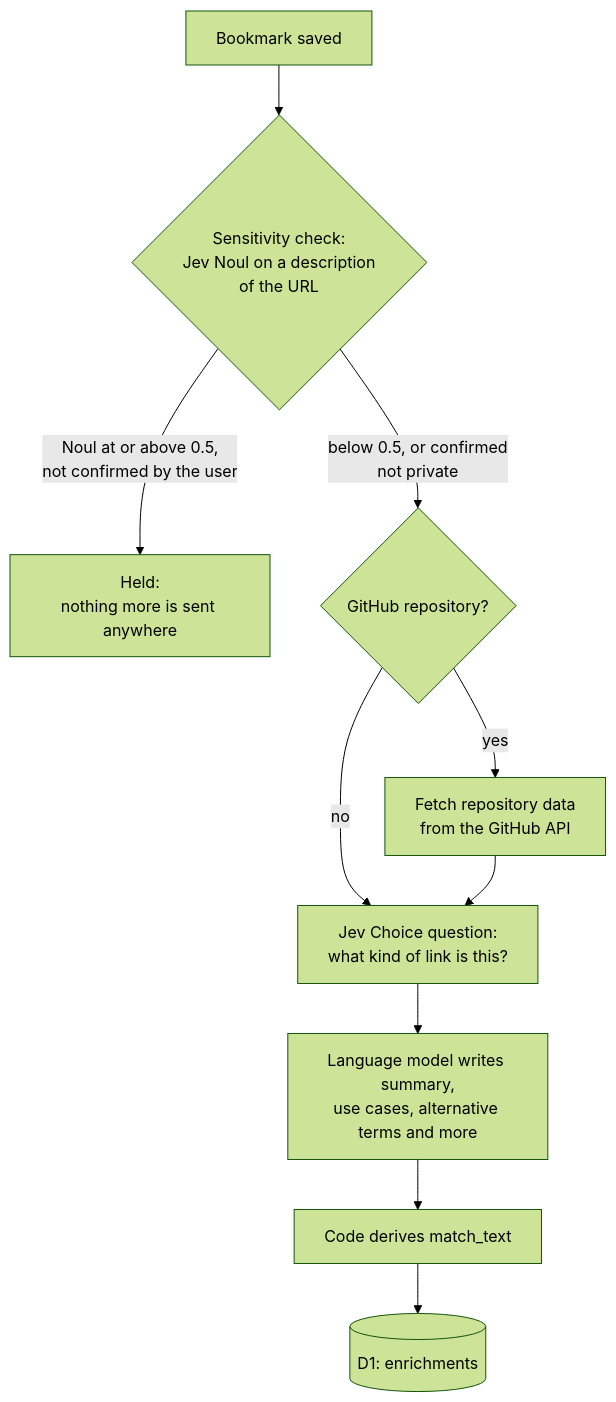
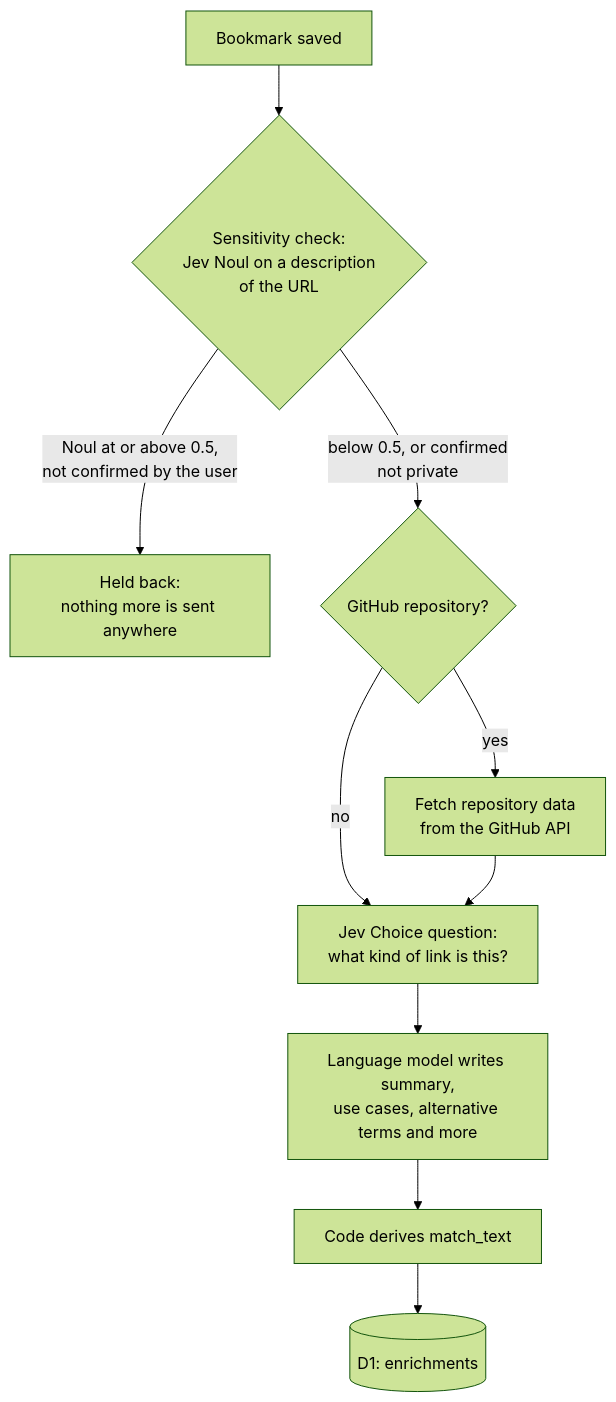
Before and after one commit to schalkneethling/schalkneethling.com: the first of 2 diagrams in src/content/drafts/haystack-search-with-jev.md, drawn with Mermaid (forest theme). The commit also changed other lines of this file, not shown here.

First line of the commit message:
draft: clarify the sensitivity check and save flow in Haystack search post

````diff
--- a/src/content/drafts/haystack-search-with-jev.md
+++ b/src/content/drafts/haystack-search-with-jev.md
@@ -27,12 +27,12 @@
 ```mermaid
 flowchart TD
     A[Bookmark saved] --> B{Sensitivity check:<br>Jev Noul on a description<br>of the URL}
-    B -- "Noul at or above 0.5,<br>not confirmed by the user" --> H[Held:<br>nothing more is sent anywhere]
+    B -- "Noul at or above 0.5,<br>not confirmed by the user" --> H[Held back:<br>nothing more is sent anywhere]
     B -- "below 0.5, or confirmed<br>not private" --> G{GitHub repository?}
     G -- yes --> GH[Fetch repository data<br>from the GitHub API]
     G -- no --> K
     GH --> K[Jev Choice question:<br>what kind of link is this?]
     K --> L[Language model writes summary,<br>use cases, alternative terms and more]
     L --> M[Code derives match_text]
     M --> D[(D1: enrichments)]
 ```
````
